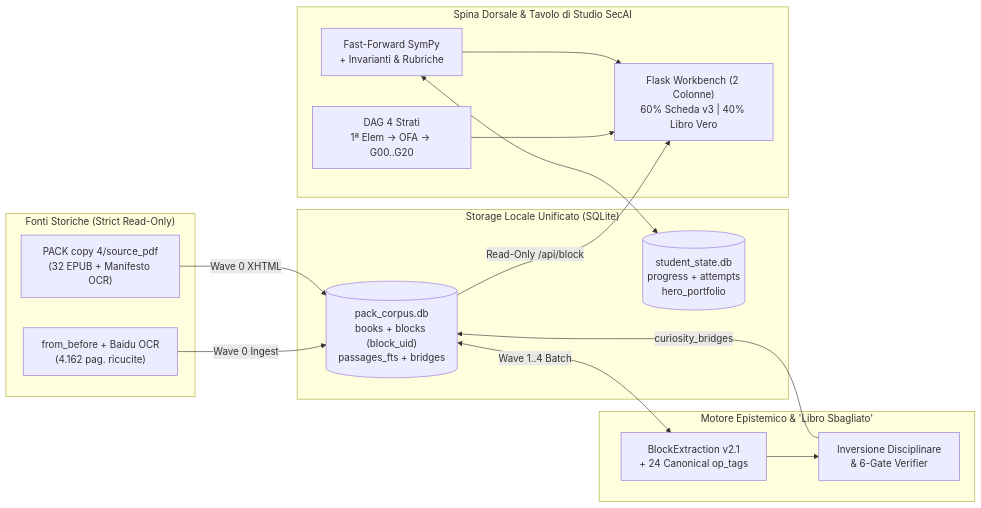
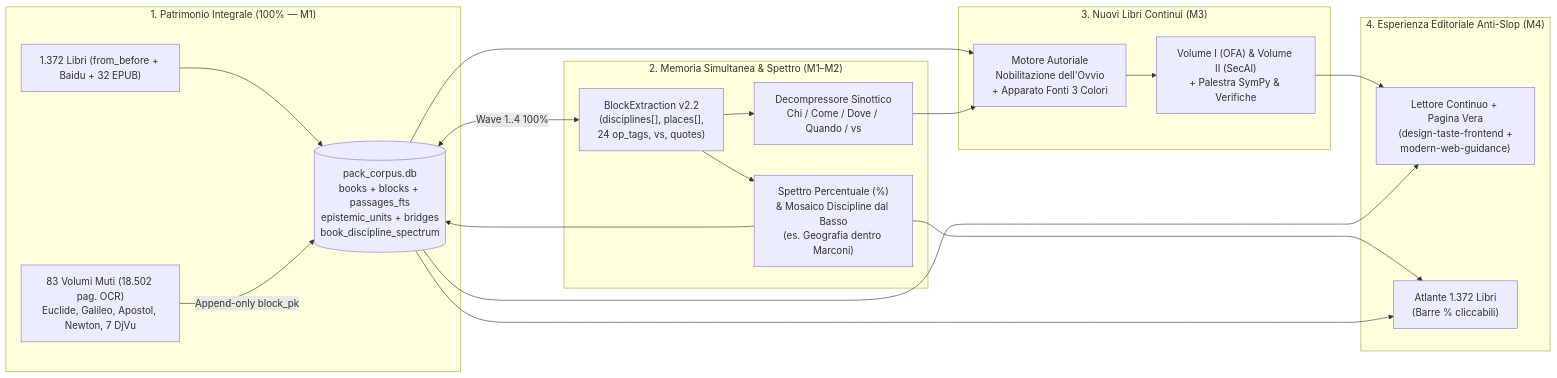
Before and after one commit to Noobucodonosor/resuscipack: the diagram in docs/adr/README.md, drawn with Mermaid. The commit also changed other lines of this file and 2 other files, not shown here.

Commit message:
docs(ADR-0004): define continuous books, percentage discipline spectrum and anti-slop UI roadmap

````diff
--- a/docs/adr/README.md
+++ b/docs/adr/README.md
@@ -19,33 +20,35 @@
 ```mermaid
 flowchart LR
-  subgraph Sources["Fonti Storiche (Strict Read-Only)"]
-    FB["from_before + Baidu OCR\n(4.162 pag. ricucite)"]
-    EPUB["PACK copy 4/source_pdf\n(32 EPUB + Manifesto OCR)"]
+  subgraph Sources["1. Patrimonio Integrale (100% — M1)"]
+    RAW["1.372 Libri (from_before + Baidu + 32 EPUB)"]
+    OCR["83 Volumi Muti (18.502 pag. OCR)\nEuclide, Galileo, Apostol, Newton, 7 DjVu"]
+    RAW --> CORPUS
+    OCR -->|"Append-only block_pk"| CORPUS
   end
 
-  subgraph CoreDB["Storage Locale Unificato (SQLite)"]
-    CORPUS[("pack_corpus.db\nbooks + blocks (block_uid)\npassages_fts + bridges")]
-    STATE[("student_state.db\nprogress + attempts\nhero_portfolio")]
+  subgraph CoreDB["2. Memoria Simultanea & Spettro (M1–M2)"]
+    CORPUS[("pack_corpus.db\nbooks + blocks + passages_fts\nepistemic_units + bridges\nbook_discipline_spectrum")]
+    V22["BlockExtraction v2.2\n(disciplines[], places[],\n24 op_tags, vs, quotes)"]
+    CORPUS <-->|"Wave 1..4 100%"| V22
+    V22 --> SPEC["Spettro Percentuale (%)\n& Mosaico Discipline dal Basso\n(es. Geografia dentro Marconi)"]
+    V22 --> SYN["Decompressore Sinottico\nChi / Come / Dove / Quando / vs"]
+    SPEC --> CORPUS
   end
 
-  subgraph Epistemic["Motore Epistemico & 'Libro Sbagliato'"]
-    V21["BlockExtraction v2.1\n+ 24 Canonical op_tags"]
-    BRIDGE["Inversione Disciplinare\n& 6-Gate Verifier"]
+  subgraph Books["3. Nuovi Libri Continui (M3)"]
+    AUTHOR["Motore Autoriale\nNobilitazione dell'Ovvio\n+ Apparato Fonti 3 Colori"]
+    VOLS["Volume I (OFA) & Volume II (SecAI)\n+ Palestra SymPy & Verifiche"]
+    CORPUS --> AUTHOR
+    SYN --> AUTHOR
+    AUTHOR --> VOLS
   end
 
-  subgraph SecAI["Spina Dorsale & Tavolo di Studio SecAI"]
-    DAG["DAG 4 Strati\n1ª Elem -> OFA -> G00..G20"]
-    SYMPY["Fast-Forward SymPy\n+ Invarianti & Rubriche"]
-    UI["Flask Workbench (2 Colonne)\n60% Scheda v3 | 40% Libro Vero"]
+  subgraph UI["4. Esperienza Editoriale Anti-Slop (M4)"]
+    READER["Lettore Continuo + Pagina Vera\n(design-taste-frontend +\nmodern-web-guidance)"]
+    ATLAS["Atlante 1.372 Libri\n(Barre % cliccabili)"]
+    VOLS --> READER
+    CORPUS --> READER
+    SPEC --> ATLAS
+    CORPUS --> ATLAS
   end
-
-  FB -->|"Wave 0 Ingest"| CORPUS
-  EPUB -->|"Wave 0 XHTML"| CORPUS
-  CORPUS <-->|"Wave 1..4 Batch"| V21
-  V21 --> BRIDGE
-  BRIDGE -->|"curiosity_bridges"| CORPUS
-  DAG --> UI
-  SYMPY <--> STATE
-  SYMPY --> UI
-  CORPUS -->|"Read-Only /api/block"| UI
 ```
````
